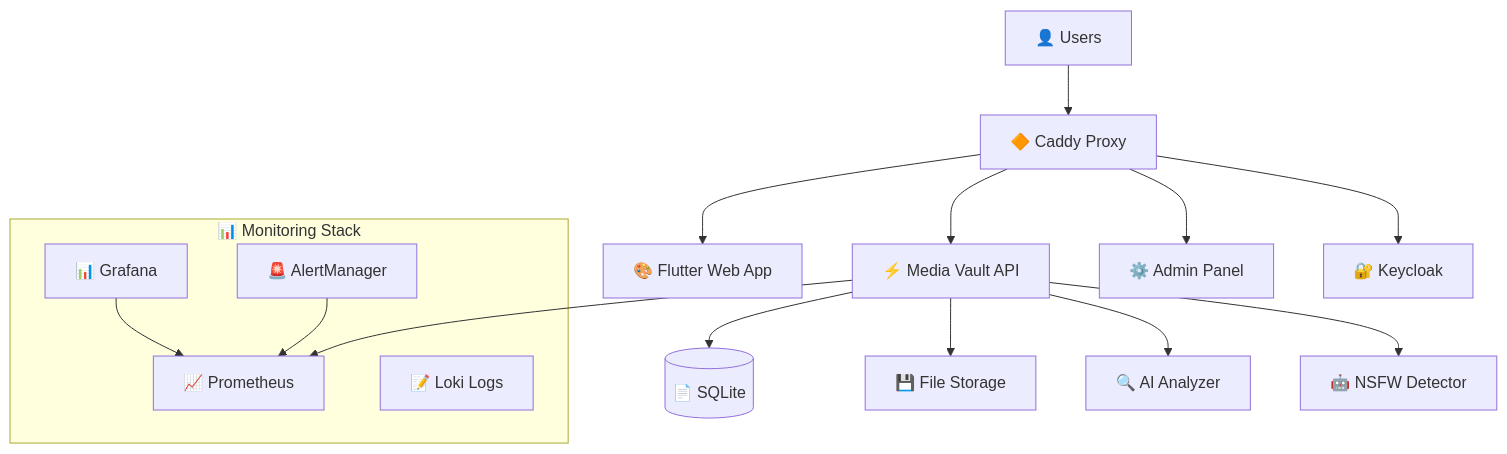
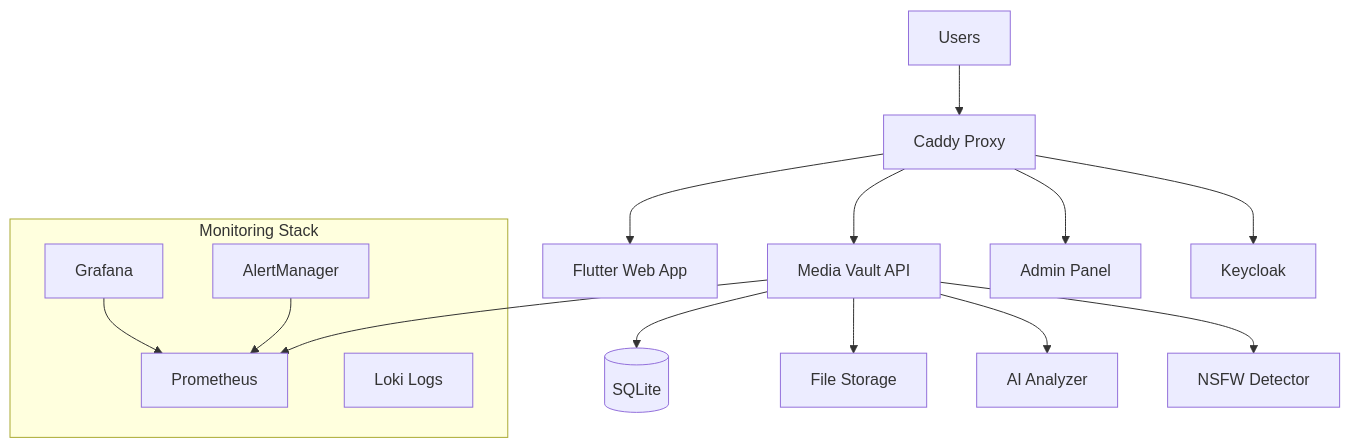
The diagram in README.md (wronai/docker-platform), drawn with Mermaid before and after one commit. The commit also changed other lines of this file, not shown here.

````diff
--- a/README.md
+++ b/README.md
@@ -87,24 +87,24 @@
 ```mermaid
 graph TB
-    User[👤 Users] --> Caddy[🔶 Caddy Proxy]
-    Caddy --> Flutter[🎨 Flutter Web App]
-    Caddy --> API[⚡ Media Vault API]
-    Caddy --> Admin[⚙️ Admin Panel]
-    Caddy --> Keycloak[🔐 Keycloak]
+    User[Users] --> Caddy[Caddy Proxy]
+    Caddy --> Flutter[Flutter Web App]
+    Caddy --> API[Media Vault API]
+    Caddy --> Admin[Admin Panel]
+    Caddy --> Keycloak[Keycloak]
     
-    API --> SQLite[(📄 SQLite)]
-    API --> Storage[💾 File Storage]
-    API --> Analyzer[🔍 AI Analyzer]
-    API --> NSFW[🤖 NSFW Detector]
+    API --> SQLite[(SQLite)]
+    API --> Storage[File Storage]
+    API --> Analyzer[AI Analyzer]
+    API --> NSFW[NSFW Detector]
     
-    subgraph "📊 Monitoring Stack"
-        Prometheus[📈 Prometheus]
-        Grafana[📊 Grafana]
-        AlertManager[🚨 AlertManager]
-        Loki[📝 Loki Logs]
+    subgraph "Monitoring Stack"
+        Prometheus[Prometheus]
+        Grafana[Grafana]
+        AlertManager[AlertManager]
+        Loki[Loki Logs]
     end
     
     API --> Prometheus
     Grafana --> Prometheus
     AlertManager --> Prometheus
 ```
````
